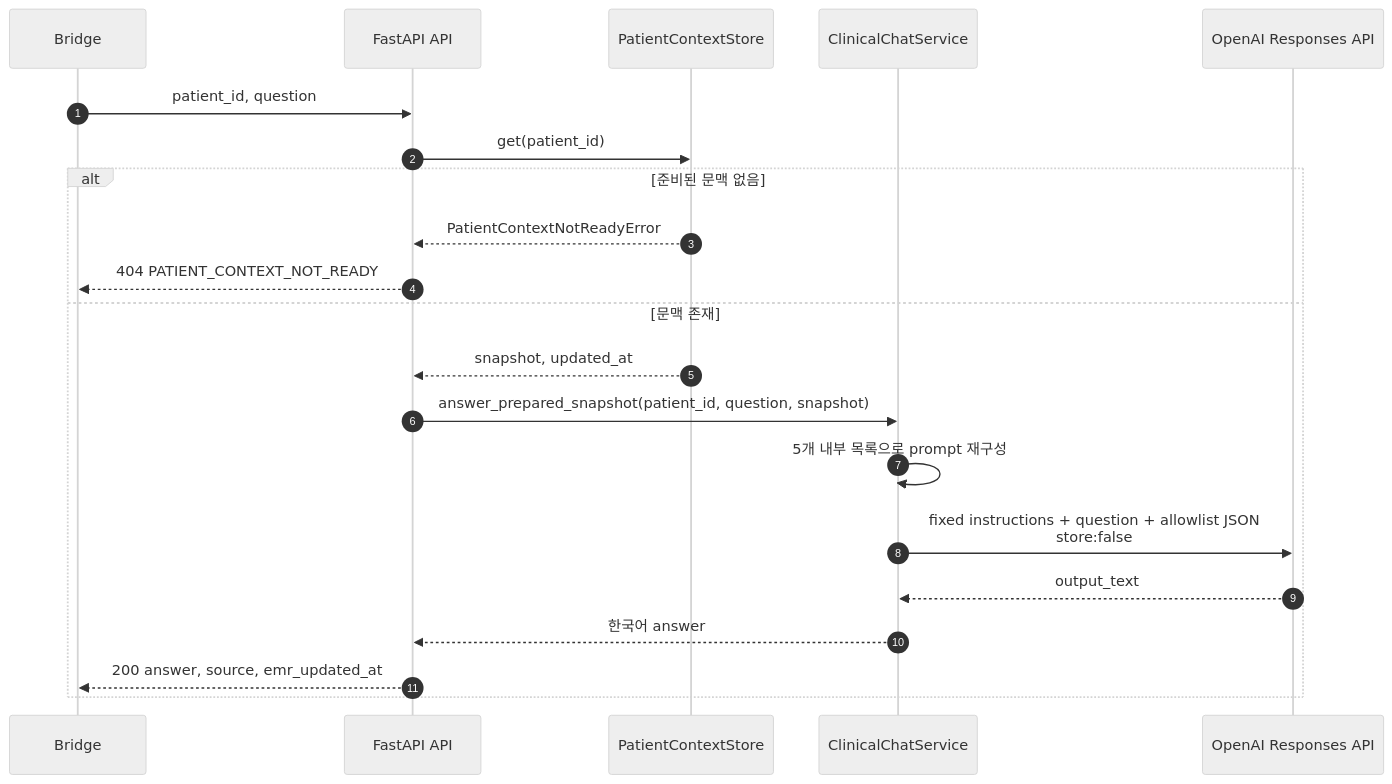
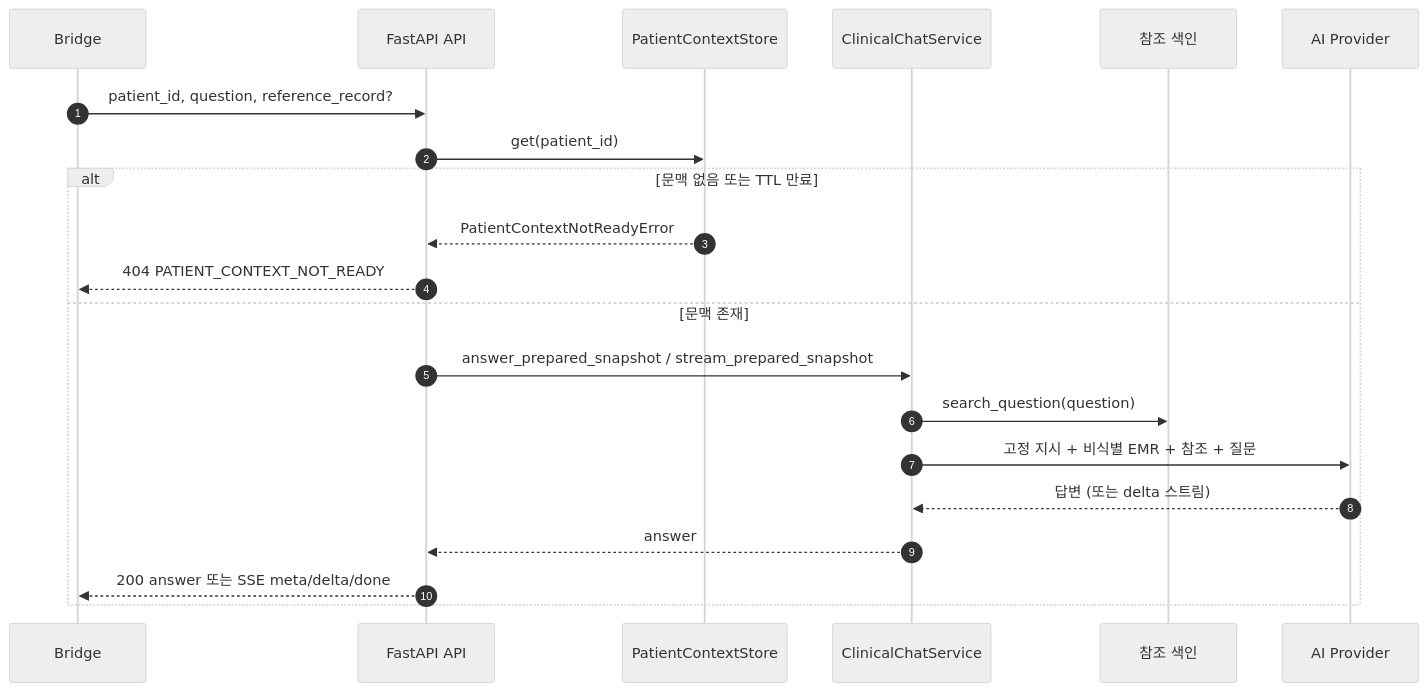
The third of 3 diagrams in docs/current_architecture.md (alden-main/AX_G_AI), drawn with Mermaid (neutral theme) before and after one commit. The commit also changed other lines of this file and 8 other files, not shown here.

````diff
--- a/docs/current_architecture.md
+++ b/docs/current_architecture.md
@@ -195,24 +112,24 @@
 ```mermaid
 sequenceDiagram
     autonumber
     participant B as Bridge
     participant A as FastAPI API
     participant S as PatientContextStore
     participant C as ClinicalChatService
-    participant O as OpenAI Responses API
+    participant R as 참조 색인
+    participant P as AI Provider
 
-    B->>A: patient_id, question
+    B->>A: patient_id, question, reference_record?
     A->>S: get(patient_id)
-    alt 준비된 문맥 없음
+    alt 문맥 없음 또는 TTL 만료
         S-->>A: PatientContextNotReadyError
         A-->>B: 404 PATIENT_CONTEXT_NOT_READY
     else 문맥 존재
-        S-->>A: snapshot, updated_at
-        A->>C: answer_prepared_snapshot(patient_id, question, snapshot)
-        C->>C: 5개 내부 목록으로 prompt 재구성
-        C->>O: fixed instructions + question + allowlist JSON<br/>store:false
-        O-->>C: output_text
-        C-->>A: 한국어 answer
-        A-->>B: 200 answer, source, emr_updated_at
+        A->>C: answer_prepared_snapshot / stream_prepared_snapshot
+        C->>R: search_question(question)
+        C->>P: 고정 지시 + 비식별 EMR + 참조 + 질문
+        P-->>C: 답변 (또는 delta 스트림)
+        C-->>A: answer
+        A-->>B: 200 answer 또는 SSE meta/delta/done
     end
 ```
````
